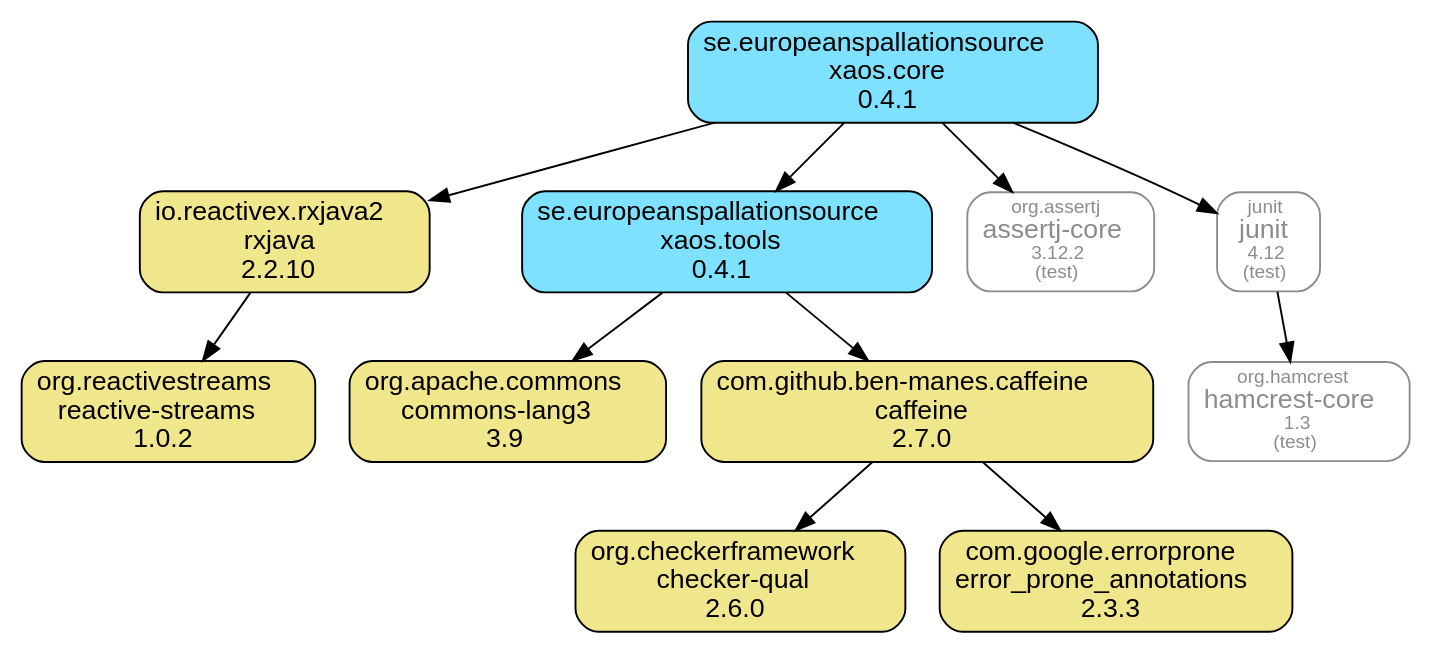
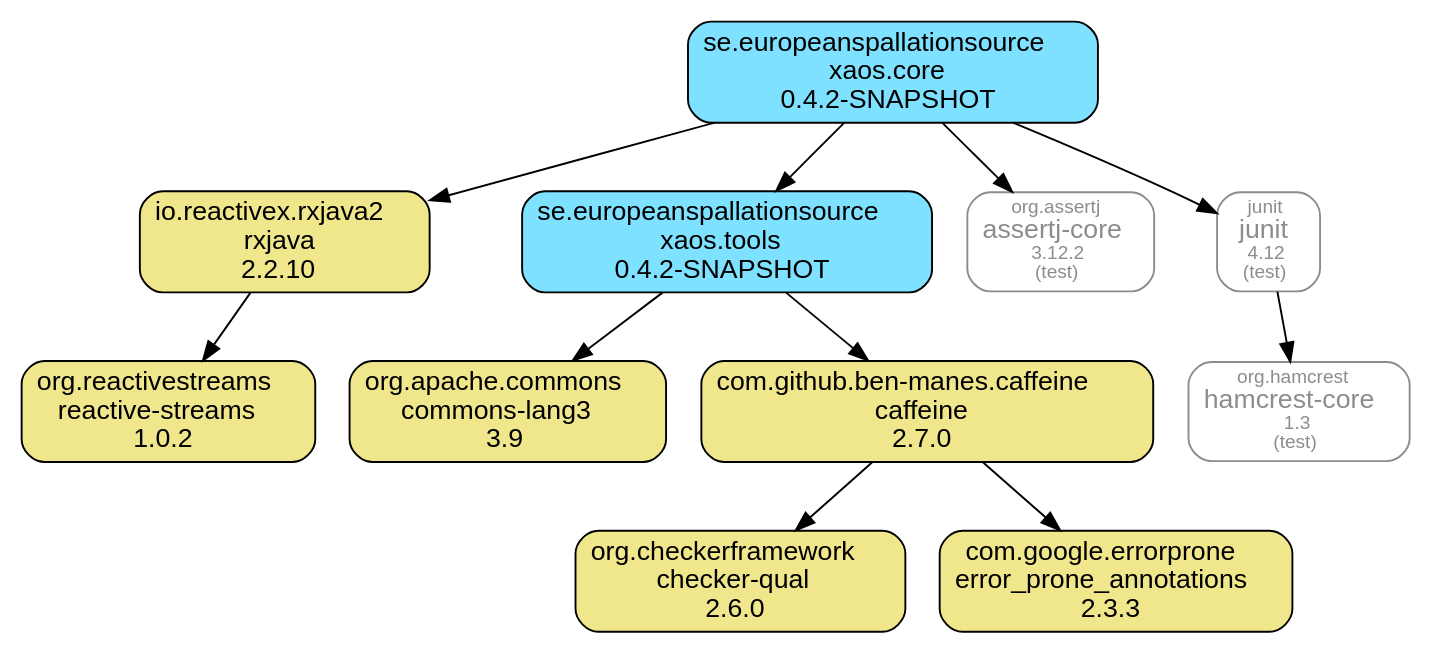
Before and after one commit to ESSICS/XAOS: the diagram in xaos.core.module/doc/maven-dependencies.dot, drawn with Graphviz. The commit also changed 54 other files, not shown here.

```diff
--- a/xaos.core.module/doc/maven-dependencies.dot
+++ b/xaos.core.module/doc/maven-dependencies.dot
@@ -1,29 +1,29 @@
 digraph "xaos.core" {
   node [shape="box",style="rounded",fontname="Helvetica",fontsize="14"]
   edge [fontsize="10",fontname="Helvetica"]
 
   // Node Definitions:
   "io.reactivex.rxjava2:rxjava:jar"[shape="box",style="rounded, filled",fillcolor="khaki",label=<io.reactivex.rxjava2<br/>rxjava<br/>2.2.10>]
   "org.reactivestreams:reactive-streams:jar"[shape="box",style="rounded, filled",fillcolor="khaki",label=<org.reactivestreams<br/>reactive-streams<br/>1.0.2>]
-  "se.europeanspallationsource:xaos.core:jar"[shape="box",style="rounded, filled",fillcolor="#7DE1FF",label=<se.europeanspallationsource<br/>xaos.core<br/>0.4.1>]
-  "se.europeanspallationsource:xaos.tools:jar"[shape="box",style="rounded, filled",fillcolor="#7DE1FF",label=<se.europeanspallationsource<br/>xaos.tools<br/>0.4.1>]
+  "se.europeanspallationsource:xaos.core:jar"[shape="box",style="rounded, filled",fillcolor="#7DE1FF",label=<se.europeanspallationsource<br/>xaos.core<br/>0.4.2-SNAPSHOT>]
+  "se.europeanspallationsource:xaos.tools:jar"[shape="box",style="rounded, filled",fillcolor="#7DE1FF",label=<se.europeanspallationsource<br/>xaos.tools<br/>0.4.2-SNAPSHOT>]
   "org.apache.commons:commons-lang3:jar"[shape="box",style="rounded, filled",fillcolor="khaki",label=<org.apache.commons<br/>commons-lang3<br/>3.9>]
   "com.github.ben-manes.caffeine:caffeine:jar"[shape="box",style="rounded, filled",fillcolor="khaki",label=<com.github.ben-manes.caffeine<br/>caffeine<br/>2.7.0>]
   "org.checkerframework:checker-qual:jar"[shape="box",style="rounded, filled",fillcolor="khaki",label=<org.checkerframework<br/>checker-qual<br/>2.6.0>]
   "com.google.errorprone:error_prone_annotations:jar"[shape="box",style="rounded, filled",fillcolor="khaki",label=<com.google.errorprone<br/>error_prone_annotations<br/>2.3.3>]
   "org.assertj:assertj-core:jar"[shape="box",style="rounded",color="grey55",fontname="Helvetica",fontsize="14",fontcolor="grey55",label=<<font color="grey55" point-size="10">org.assertj</font><br/>assertj-core<font color="grey55" point-size="10"><br/>3.12.2</font><font color="grey55" point-size="10"><br/>(test)</font>>]
   "junit:junit:jar"[shape="box",style="rounded",color="grey55",fontname="Helvetica",fontsize="14",fontcolor="grey55",label=<<font color="grey55" point-size="10">junit</font><br/>junit<font color="grey55" point-size="10"><br/>4.12</font><font color="grey55" point-size="10"><br/>(test)</font>>]
   "org.hamcrest:hamcrest-core:jar"[shape="box",style="rounded",color="grey55",fontname="Helvetica",fontsize="14",fontcolor="grey55",label=<<font color="grey55" point-size="10">org.hamcrest</font><br/>hamcrest-core<font color="grey55" point-size="10"><br/>1.3</font><font color="grey55" point-size="10"><br/>(test)</font>>]
 
   // Edge Definitions:
   "io.reactivex.rxjava2:rxjava:jar" -> "org.reactivestreams:reactive-streams:jar"
   "se.europeanspallationsource:xaos.core:jar" -> "io.reactivex.rxjava2:rxjava:jar"
   "se.europeanspallationsource:xaos.tools:jar" -> "org.apache.commons:commons-lang3:jar"
   "com.github.ben-manes.caffeine:caffeine:jar" -> "org.checkerframework:checker-qual:jar"
   "com.github.ben-manes.caffeine:caffeine:jar" -> "com.google.errorprone:error_prone_annotations:jar"
   "se.europeanspallationsource:xaos.tools:jar" -> "com.github.ben-manes.caffeine:caffeine:jar"
   "se.europeanspallationsource:xaos.core:jar" -> "se.europeanspallationsource:xaos.tools:jar"
   "se.europeanspallationsource:xaos.core:jar" -> "org.assertj:assertj-core:jar"
   "junit:junit:jar" -> "org.hamcrest:hamcrest-core:jar"
   "se.europeanspallationsource:xaos.core:jar" -> "junit:junit:jar"
 }
```
